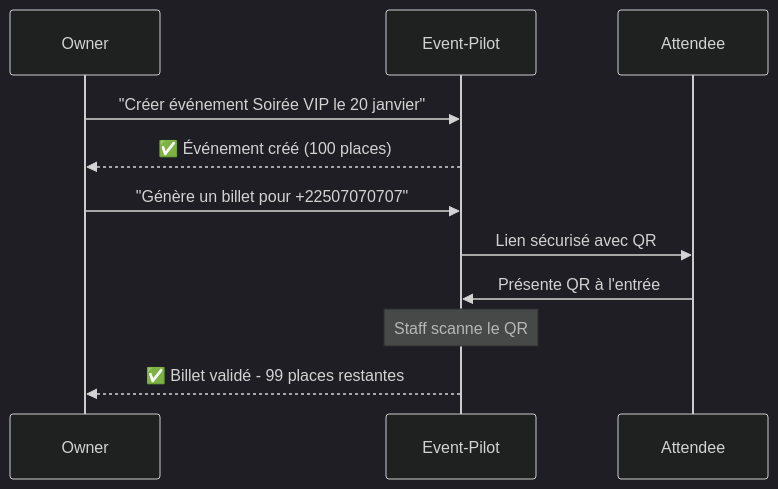
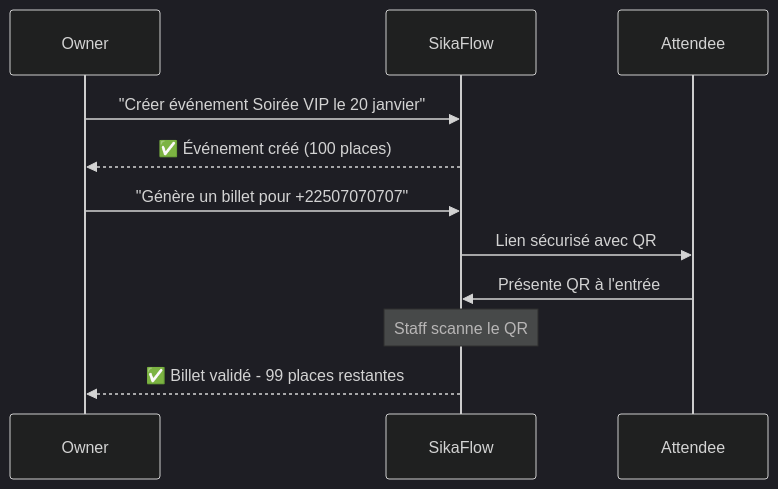
Before and after one commit to yetininoliviercoulibaly/Sikaflow: the third of 3 diagrams in backend/docs/functional_specs.md, drawn with Mermaid (dark theme). The commit also changed other lines of this file and 10 other files, not shown here.

First line of the commit message:
docs: rename legacy product name Event-Pilot to SikaFlow

````diff
--- a/backend/docs/functional_specs.md
+++ b/backend/docs/functional_specs.md
@@ -154,16 +154,16 @@
 ```mermaid
 sequenceDiagram
     participant O as Owner
-    participant EP as Event-Pilot
+    participant EP as SikaFlow
     participant A as Attendee
 
     O->>EP: "Créer événement Soirée VIP le 20 janvier"
     EP-->>O: ✅ Événement créé (100 places)
 
     O->>EP: "Génère un billet pour +22507070707"
     EP->>A: Lien sécurisé avec QR
 
     A->>EP: Présente QR à l'entrée
     Note over EP: Staff scanne le QR
     EP-->>O: ✅ Billet validé - 99 places restantes
 ```
````
